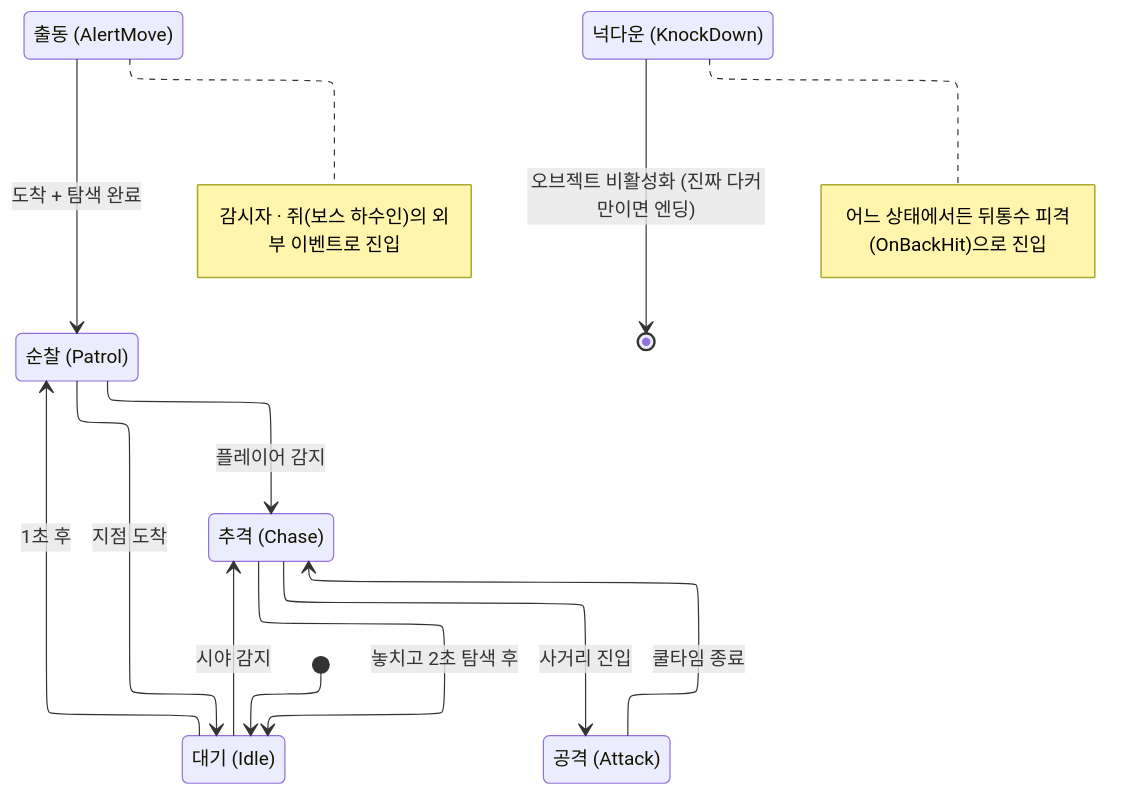
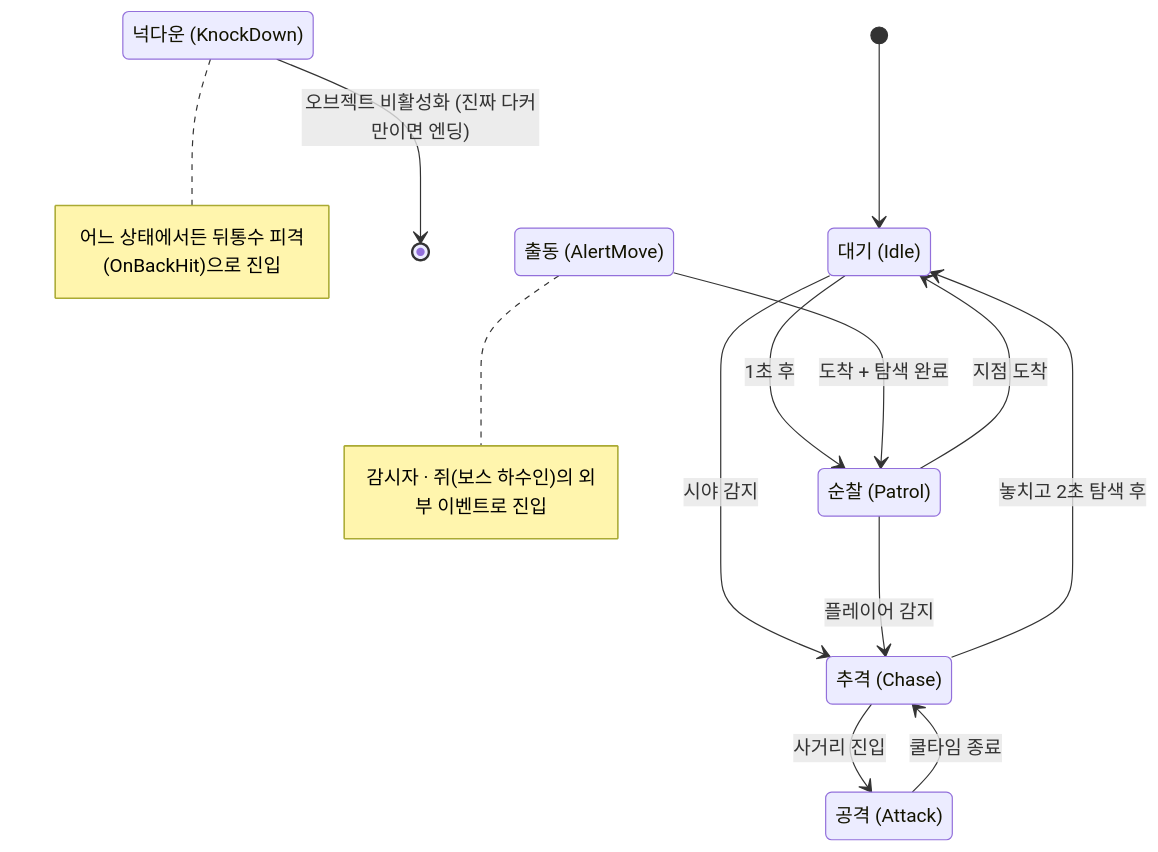
The third of 4 diagrams in src/1-watch-your-back/기술문서.md (pinkshield/portfolio), drawn with Mermaid before and after one commit. The commit also changed other lines of this file and 2 other files, not shown here.

````diff
--- a/src/1-watch-your-back/기술문서.md
+++ b/src/1-watch-your-back/기술문서.md
@@ -176,22 +203,22 @@
 ```mermaid
-%%{init: {"layout": "elk", "elk": {"cycleBreakingStrategy": "MODEL_ORDER"}}}%%
 stateDiagram-v2
+    direction TB
     state "대기 (Idle)" as Idle
     state "순찰 (Patrol)" as Patrol
     state "추격 (Chase)" as Chase
     state "공격 (Attack)" as Attack
     state "출동 (AlertMove)" as AlertMove
     state "넉다운 (KnockDown)" as KnockDown
     [*] --> Idle
     Idle --> Patrol : 1초 후
     Idle --> Chase : 시야 감지
     Patrol --> Idle : 지점 도착
     Patrol --> Chase : 플레이어 감지
     Chase --> Attack : 사거리 진입
     Chase --> Idle : 놓치고 2초 탐색 후
     Attack --> Chase : 쿨타임 종료
     AlertMove --> Patrol : 도착 + 탐색 완료
     note right of AlertMove : 감시자 · 쥐(보스 하수인)의 외부 이벤트로 진입
     KnockDown --> [*] : 오브젝트 비활성화 (진짜 다커만이면 엔딩)
     note right of KnockDown : 어느 상태에서든 뒤통수 피격(OnBackHit)으로 진입
 ```
````
